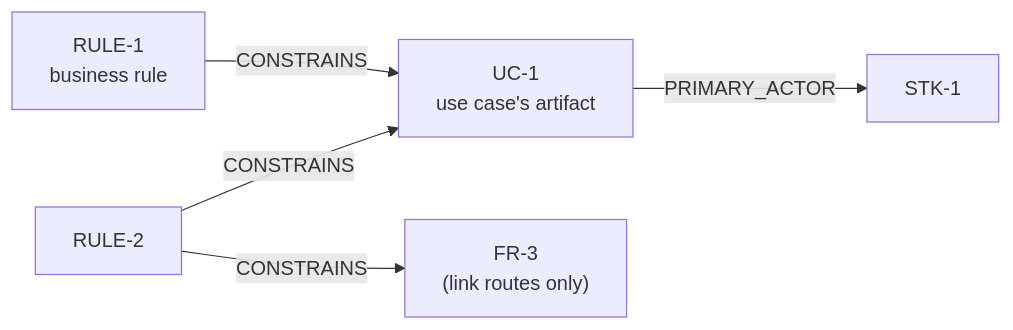
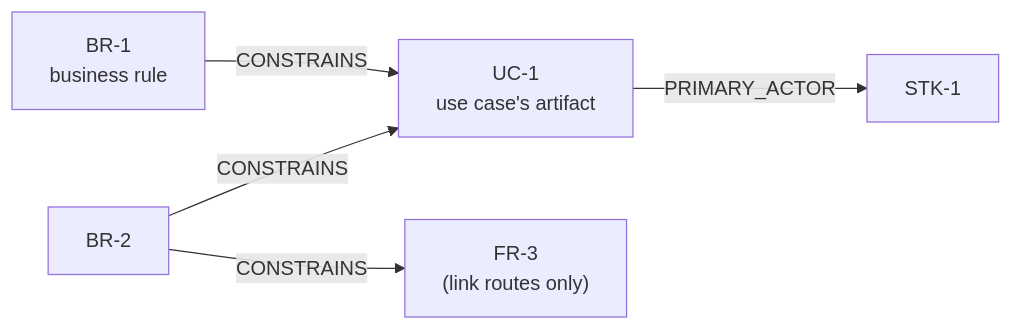
One commit to Washingtonwei/project-pulse changed the eighth of 11 diagrams in docs/design/doc.md. Above: the diagram before and after it, drawn with Mermaid. The commit also changed other lines of this file and 20 other files, not shown here.

````diff
--- a/docs/design/doc.md
+++ b/docs/design/doc.md
@@ -370,7 +370,7 @@
 ```mermaid
 flowchart LR
-    R1["RULE-1<br/>business rule"] -- CONSTRAINS --> UC["UC-1<br/>use case's artifact"]
-    R2["RULE-2"] -- CONSTRAINS --> UC
+    R1["BR-1<br/>business rule"] -- CONSTRAINS --> UC["UC-1<br/>use case's artifact"]
+    R2["BR-2"] -- CONSTRAINS --> UC
     R2 -- CONSTRAINS --> FR["FR-3<br/>(link routes only)"]
     UC -- PRIMARY_ACTOR --> STK["STK-1"]
 ```
````
